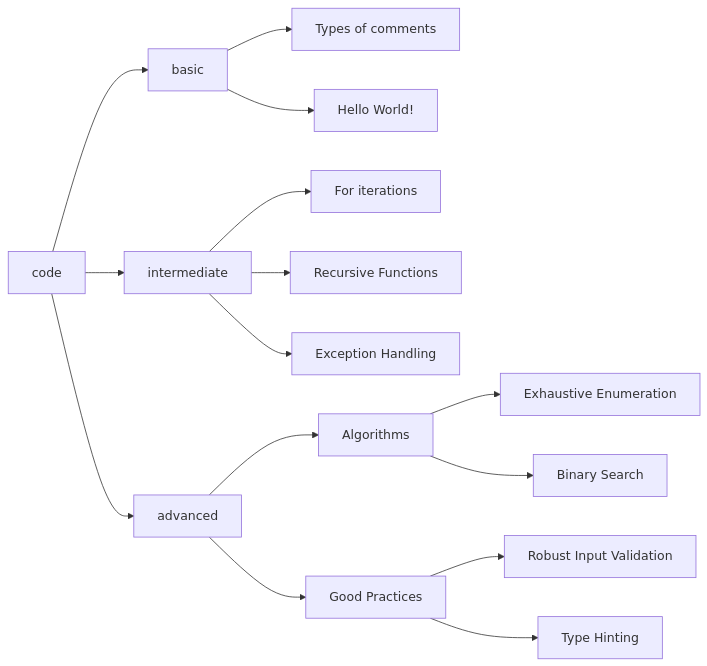
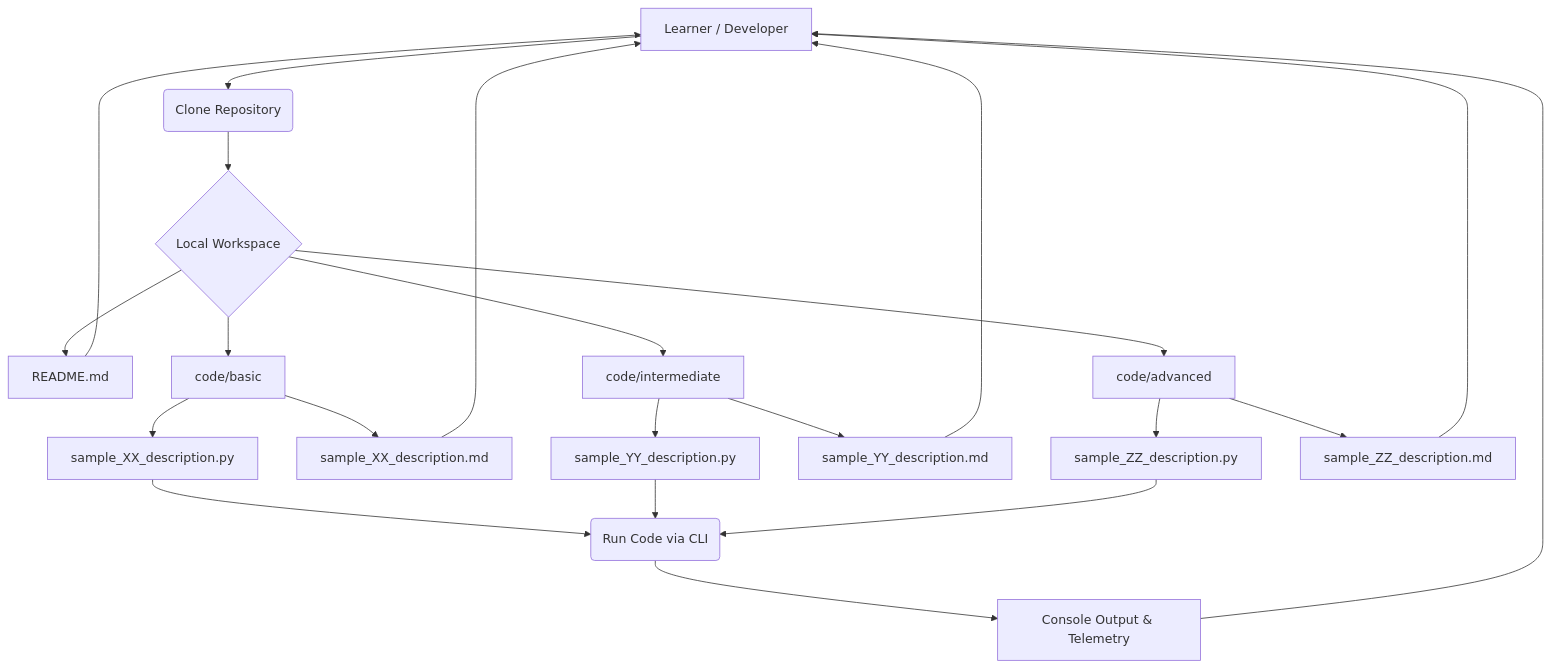
Before and after one commit to seyerjo/learn-python-by-examples: the diagram in README.md, drawn with Mermaid. The commit also changed other lines of this file and 2 other files, not shown here.

Commit message:
docs: consolidate README, CONTRIBUTING and CODE_OF_CONDUCT to match new workflows

````diff
--- a/README.md
+++ b/README.md
@@ -23,17 +32,24 @@
 ```mermaid
-graph LR
-    A[code] --> B[basic];
-    A --> C[intermediate];
-    A --> D[advanced];
-    B --> E[Types of comments];
-    B --> F[Hello World!];
-    C --> G[For iterations];
-    C --> H[Recursive Functions];
-    C --> O[Exception Handling];
-    D --> I[Algorithms];
-    I --> J[Exhaustive Enumeration];
-    I --> K[Binary Search];
-    D --> L[Good Practices];
-    L --> M[Robust Input Validation];
-    L --> N[Type Hinting];
+graph TD
+    A[Learner / Developer] --> B(Clone Repository)
+    B --> C{Local Workspace}
+    C --> D[README.md]
+    C --> E[code/basic]
+    C --> F[code/intermediate]
+    C --> G[code/advanced]
+    E --> H[sample_XX_description.py]
+    E --> I[sample_XX_description.md]
+    F --> J[sample_YY_description.py]
+    F --> K[sample_YY_description.md]
+    G --> L[sample_ZZ_description.py]
+    G --> M[sample_ZZ_description.md]
+    D --> A
+    I --> A
+    K --> A
+    M --> A
+    H --> N(Run Code via CLI)
+    J --> N
+    L --> N
+    N --> O[Console Output & Telemetry]
+    O --> A
 ```
````
